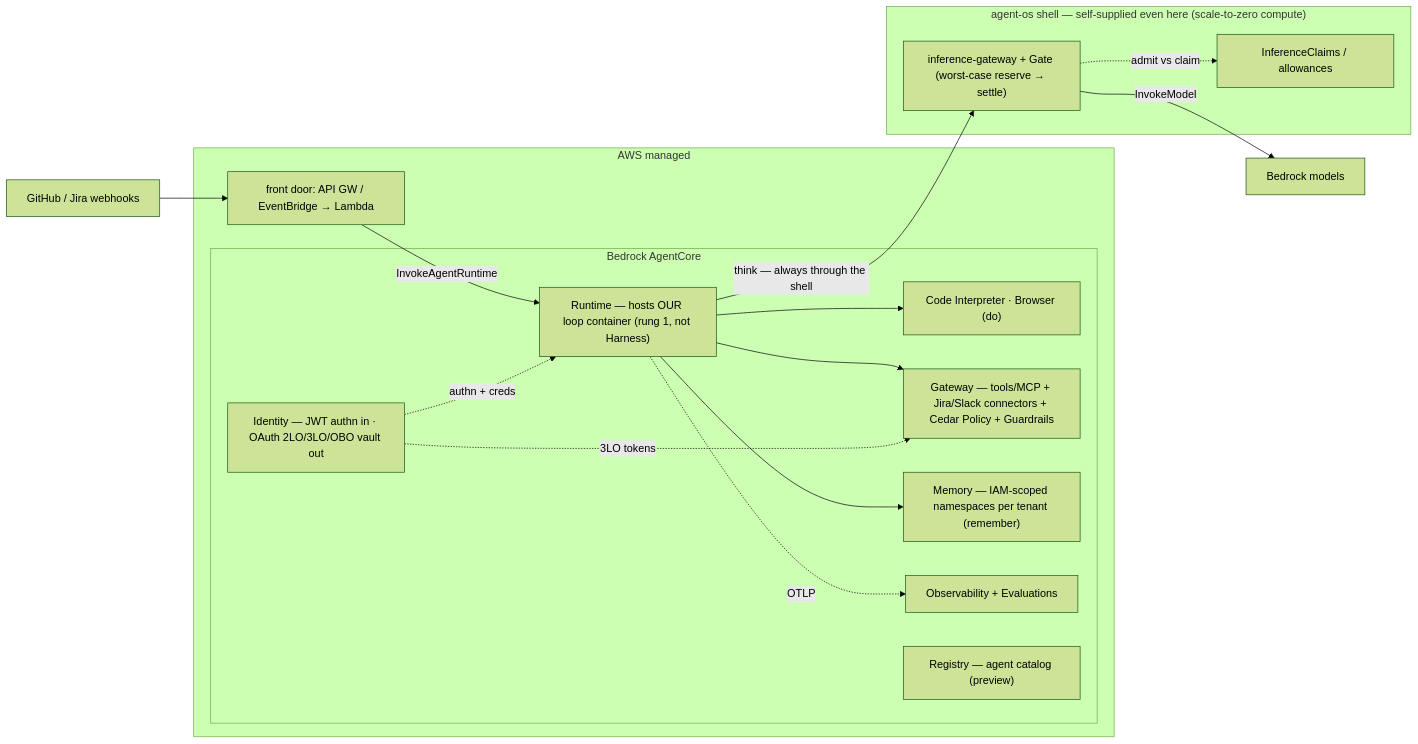
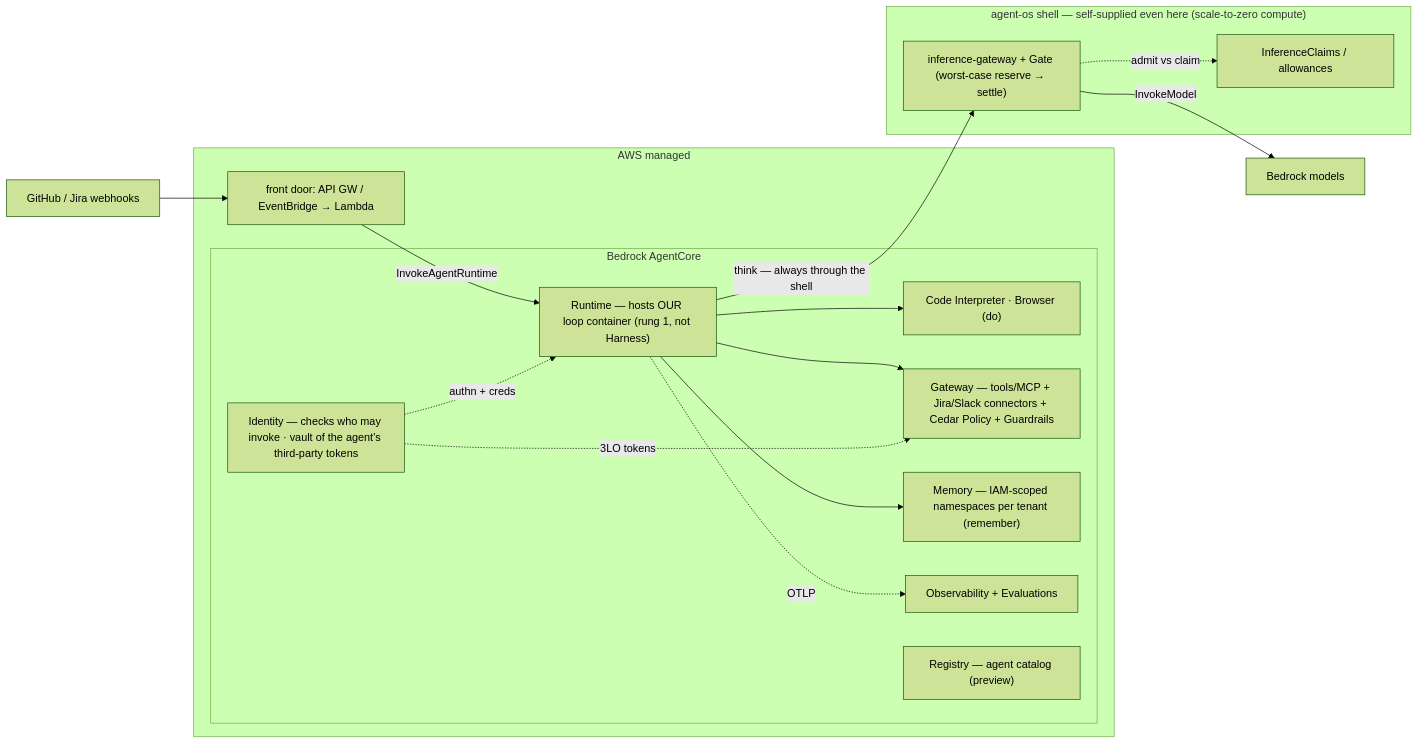
Before and after one commit to tilsley/creance: the first of 4 diagrams in docs/agentcore-postures.md, drawn with Mermaid (forest theme). The commit also changed other lines of this file, not shown here.

First line of the commit message:
docs(postures): clarify identity and OAuth terminology with concrete examples

````diff
--- a/docs/agentcore-postures.md
+++ b/docs/agentcore-postures.md
@@ -374,35 +385,35 @@
 ```mermaid
 flowchart LR
   WH["GitHub / Jira webhooks"] --> FD
 
   subgraph AWS["AWS managed"]
     FD["front door: API GW / EventBridge → Lambda"]
     subgraph AC["Bedrock AgentCore"]
       RT["Runtime — hosts OUR loop container (rung 1, not Harness)"]
       CI["Code Interpreter · Browser (do)"]
       GWY["Gateway — tools/MCP + Jira/Slack connectors + Cedar Policy + Guardrails"]
       MEM["Memory — IAM-scoped namespaces per tenant (remember)"]
-      ID["Identity — JWT authn in · OAuth 2LO/3LO/OBO vault out"]
+      ID["Identity — checks who may invoke · vault of the agent's third-party tokens"]
       OBS["Observability + Evaluations"]
       REG["Registry — agent catalog (preview)"]
     end
   end
 
   subgraph SHELL["agent-os shell — self-supplied even here (scale-to-zero compute)"]
     IG["inference-gateway + Gate (worst-case reserve → settle)"]
     CLAIMS["InferenceClaims / allowances"]
   end
 
   BR["Bedrock models"]
 
   FD -->|"InvokeAgentRuntime"| RT
   RT --> CI
   RT --> GWY
   RT --> MEM
   ID -. "authn + creds" .-> RT
   ID -. "3LO tokens" .-> GWY
   RT -->|"think — always through the shell"| IG
   IG -->|"InvokeModel"| BR
   IG -. "admit vs claim" .-> CLAIMS
   RT -. "OTLP" .-> OBS
 ```
````
